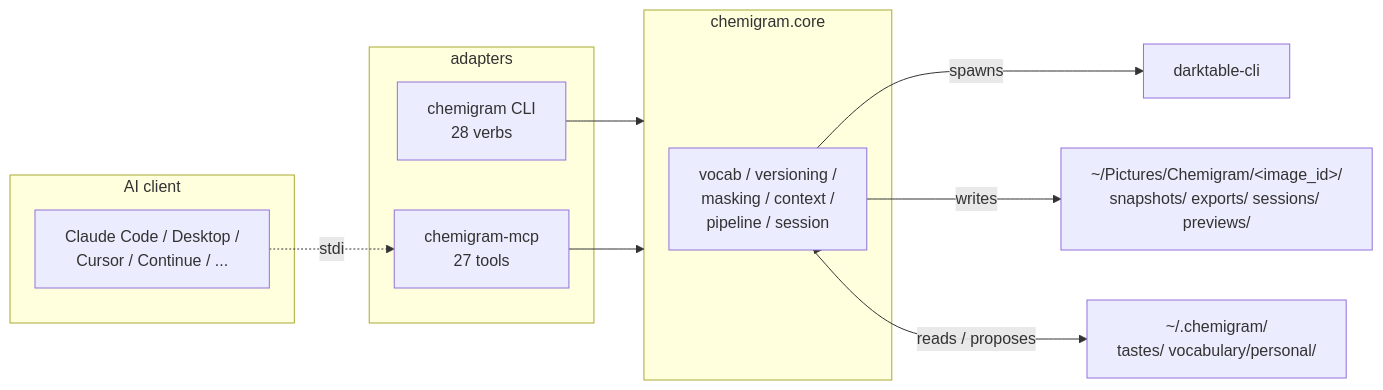
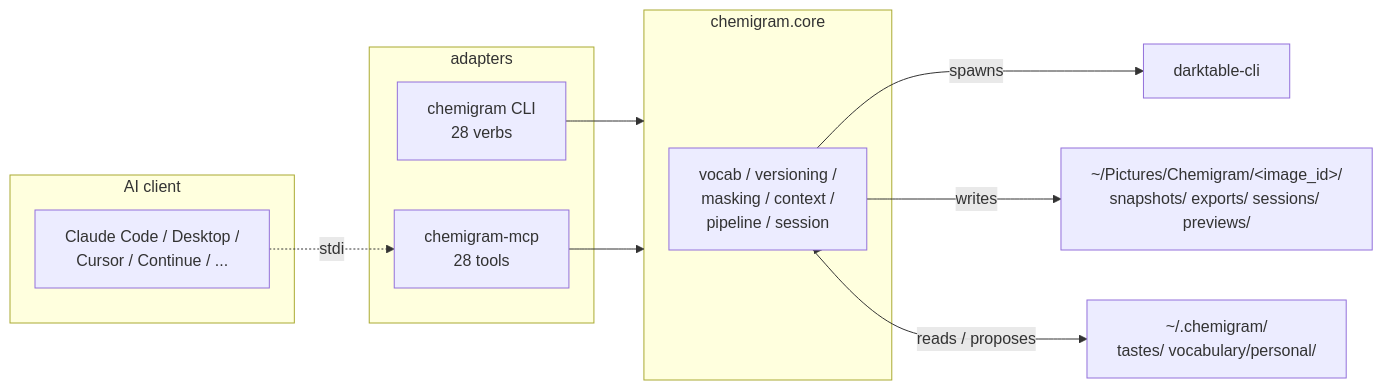
Before and after one commit to ralfboltshauser/agent-darkroom: the diagram in README.md, drawn with Mermaid. The commit also changed other lines of this file and 3 other files, not shown here.

````diff
--- a/README.md
+++ b/README.md
@@ -172,24 +163,24 @@
 ```mermaid
 flowchart LR
     subgraph CLIENT["AI client"]
         CC[Claude Code / Desktop /<br/>Cursor / Continue / ...]
     end
     subgraph ADAPTERS["adapters"]
-        MCP[chemigram-mcp<br/>27 tools]
+        MCP[chemigram-mcp<br/>28 tools]
         CLI[chemigram CLI<br/>28 verbs]
     end
     subgraph CORE["chemigram.core"]
         ENGINE[vocab / versioning /<br/>masking / context /<br/>pipeline / session]
     end
     DT[darktable-cli]
     FS["~/Pictures/Chemigram/&lt;image_id&gt;/<br/>snapshots/ exports/ sessions/ previews/"]
     TASTES["~/.chemigram/<br/>tastes/ vocabulary/personal/"]
 
     CC -.stdio.-> MCP
     CLI --> CORE
     MCP --> CORE
     CORE --> ENGINE
     ENGINE -- spawns --> DT
     ENGINE -- writes --> FS
     ENGINE -- reads / proposes --> TASTES
 ```
````
